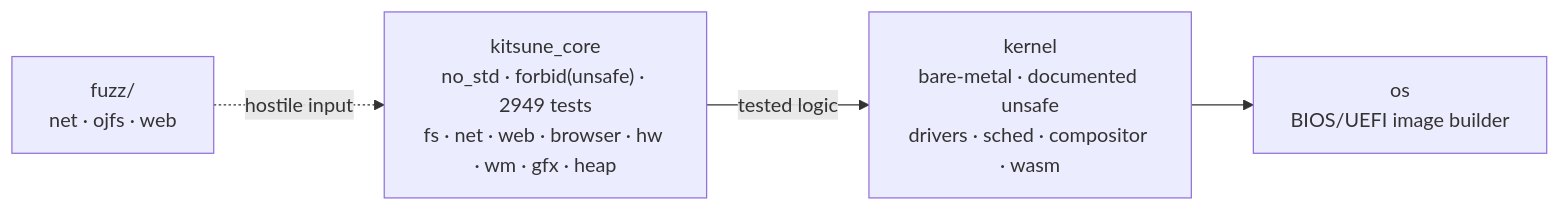
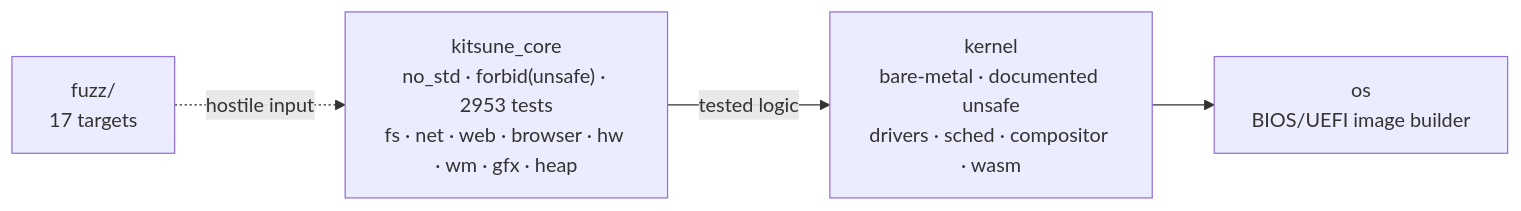
Before and after one commit to Jeffinp/OSjeff: the diagram in README.en.md, drawn with Mermaid. The commit also changed other lines of this file and 8 other files, not shown here.

````diff
--- a/README.en.md
+++ b/README.en.md
@@ -106,9 +144,9 @@
 ```mermaid
 flowchart LR
-    CORE["kitsune_core<br/>no_std · forbid(unsafe) · 2949 tests<br/>fs · net · web · browser · hw · wm · gfx · heap"]
+    CORE["kitsune_core<br/>no_std · forbid(unsafe) · 2953 tests<br/>fs · net · web · browser · hw · wm · gfx · heap"]
     KERNEL["kernel<br/>bare-metal · documented unsafe<br/>drivers · sched · compositor · wasm"]
     OS["os<br/>BIOS/UEFI image builder"]
-    FUZZ["fuzz/<br/>net · ojfs · web"]
+    FUZZ["fuzz/<br/>17 targets"]
     CORE -->|tested logic| KERNEL --> OS
     FUZZ -.->|hostile input| CORE
 ```
````
